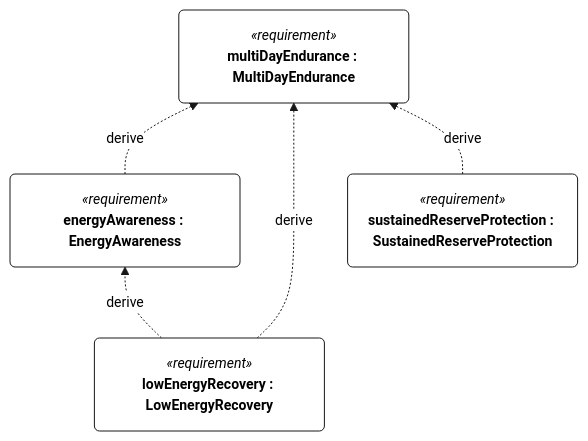
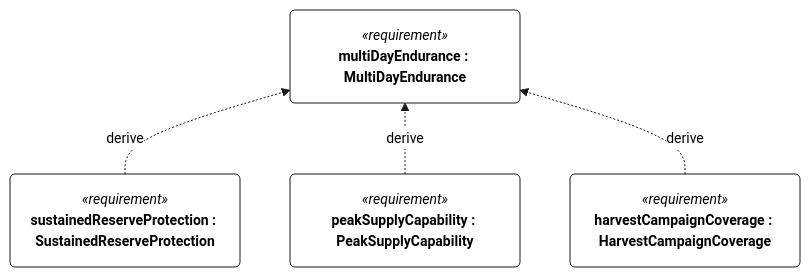
One commit to DavidIngraham/sv-blue-dog changed the first of 2 diagrams in docs/figures/requirements-m-002.md. Above: the diagram before and after it, drawn with Mermaid. The commit also changed other lines of this file and 130 other files, not shown here.

````diff
--- a/docs/figures/requirements-m-002.md
+++ b/docs/figures/requirements-m-002.md
@@ -25,44 +21,43 @@
 ```mermaid
 ---
 config:
   fontFamily: "Helvetica, Arial, sans-serif"
   theme: base
   themeCSS: ".edgeLabel rect { opacity: 1 !important; } .cluster-label .nodeLabel { text-align: center; }"
   themeVariables:
     fontFamily: "Helvetica, Arial, sans-serif"
     fontSize: "14px"
     primaryColor: "#FFFFFF"
     secondaryColor: "#FFFFFF"
     tertiaryColor: "#FFFFFF"
     background: "#FFFFFF"
     primaryBorderColor: "#181818"
     primaryTextColor: "#000000"
     lineColor: "#181818"
     textColor: "#000000"
     noteBkgColor: "#FEFFDD"
     noteBorderColor: "#181818"
     noteTextColor: "#000000"
     clusterBkg: "#FFFFFF"
     clusterBorder: "#181818"
     edgeLabelBackground: "#FFFFFF"
 ---
 %% BlueDogViews::multiDayEndurance1 — requirement rendering (view def GeneralView, filter @RequirementUsage)
-%% not represented: 237 node(s) without a position, left undrawn, and 475 edge(s) at them
+%% not represented: 54 node(s) without a position, left undrawn, and 59 edge(s) at them
 %% layout: n0 x=0 y=0
 %% layout: n1 x=0 y=200
 %% layout: n2 x=300 y=200
 %% layout: n3 x=600 y=200
 flowchart BT
   n0("`*«requirement»*
 **multiDayEndurance : MultiDayEndurance**`")
   n1("`*«requirement»*
-**energyAwareness : EnergyAwareness**`")
+**sustainedReserveProtection : SustainedReserveProtection**`")
   n2("`*«requirement»*
-**lowEnergyRecovery : LowEnergyRecovery**`")
+**peakSupplyCapability : PeakSupplyCapability**`")
   n3("`*«requirement»*
-**sustainedReserveProtection : SustainedReserveProtection**`")
+**harvestCampaignCoverage : HarvestCampaignCoverage**`")
   n1 -.->|"derive"| n0
   n2 -.->|"derive"| n0
-  n2 -.->|"derive"| n1
   n3 -.->|"derive"| n0
 ```
````
